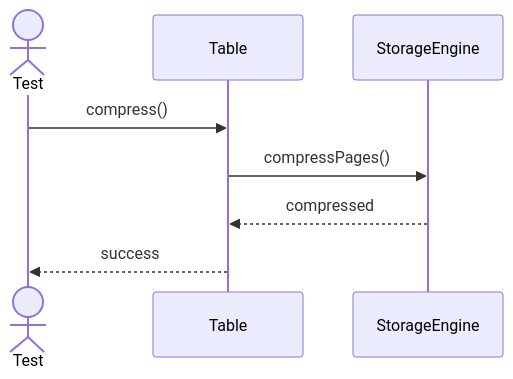
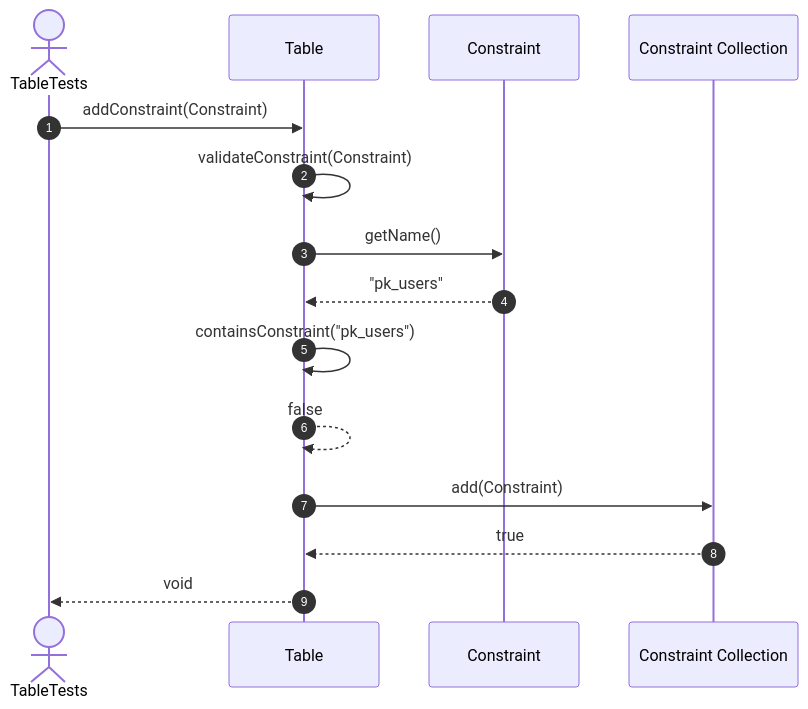
One commit to FhuAnn/-bbv-AN-s-DBMS changed diagram 15 of 20 in src/tests/unit/metadata/sequences/tables-testing.se.md. Above: the diagram before and after it, drawn with Mermaid. The commit also changed other lines of this file and 60 other files, not shown here.

Commit message:
refactor data table, row, column, constraint, index test file

````diff
--- a/src/tests/unit/metadata/sequences/tables-testing.se.md
+++ b/src/tests/unit/metadata/sequences/tables-testing.se.md
@@ -297,14 +267,18 @@
 ```mermaid
 sequenceDiagram
-actor Test
-participant Table
-participant StorageEngine
+    autonumber
+    actor Test as TableTests
+    participant Table as Table
+    participant Constraint as Constraint
+    participant Constraints as Constraint Collection
 
-Test->>Table: compress()
-
-Table->>StorageEngine: compressPages()
-
-StorageEngine-->>Table: compressed
-
-Table-->>Test: success
+    Test->>Table: addConstraint(Constraint)
+    Table->>Table: validateConstraint(Constraint)
+    Table->>Constraint: getName()
+    Constraint-->>Table: "pk_users"
+    Table->>Table: containsConstraint("pk_users")
+    Table-->>Table: false
+    Table->>Constraints: add(Constraint)
+    Constraints-->>Table: true
+    Table-->>Test: void
 ```
````
